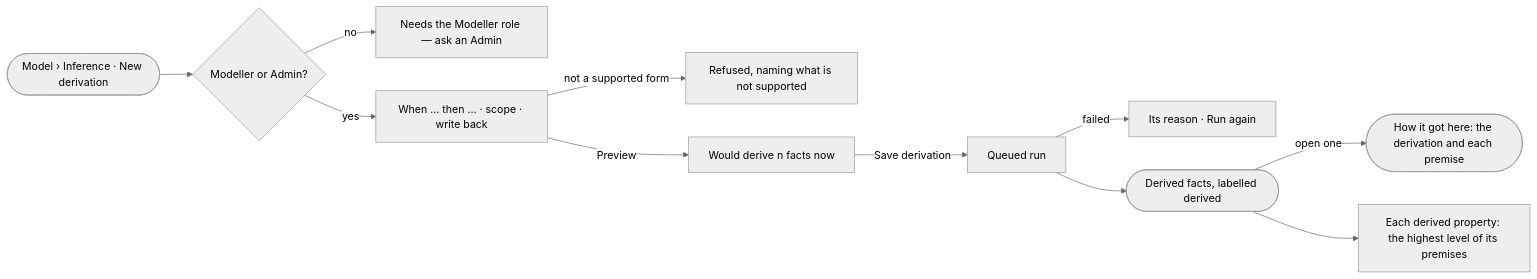
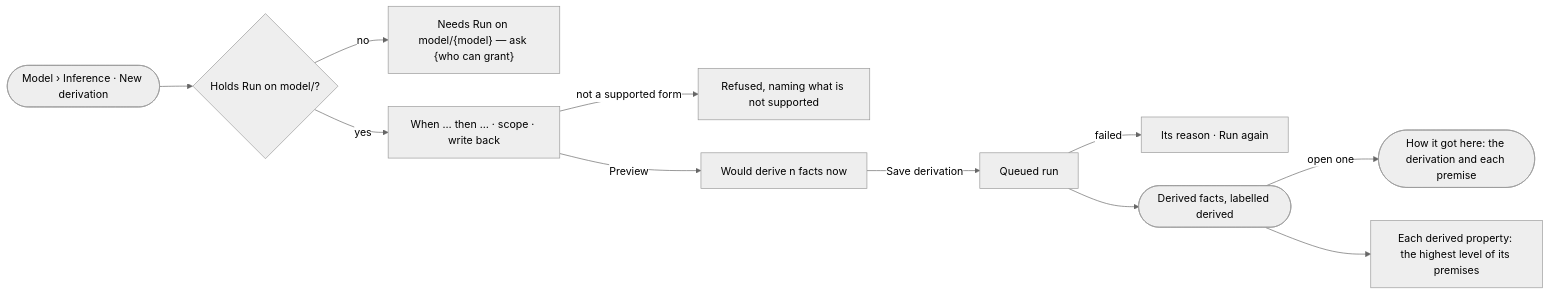
Before and after one commit to invana/invana: the diagram in specs/capabilities/semantics/features/SE-F08-inference/stories/SE-22-derive-facts-from-a-rule/story.md, drawn with Mermaid (neutral theme). The commit also changed other lines of this file and 228 other files, not shown here.

````diff
--- a/specs/capabilities/semantics/features/SE-F08-inference/stories/SE-22-derive-facts-from-a-rule/story.md
+++ b/specs/capabilities/semantics/features/SE-F08-inference/stories/SE-22-derive-facts-from-a-rule/story.md
@@ -29,13 +29,13 @@
 ```mermaid
 flowchart LR
-  a([Model › Inference · New derivation]) --> c{Modeller or Admin?}
-  c -->|no| na["Needs the Modeller role — ask an Admin"]
+  a([Model › Inference · New derivation]) --> c{"Holds Run on model/<model>?"}
+  c -->|no| na["Needs Run on model/{model} — ask {who can grant}"]
   c -->|yes| d["When … then … · scope · write back"]
   d -->|not a supported form| x["Refused, naming what is not supported"]
   d -->|Preview| p["Would derive n facts now"]
   p -->|Save derivation| q["Queued run"]
   q -->|failed| f["Its reason · Run again"]
   q --> r(["Derived facts, labelled derived"])
   r -->|open one| h(["How it got here: the derivation and each premise"])
   r --> l["Each derived property: the highest level of its premises"]
 ```
````
